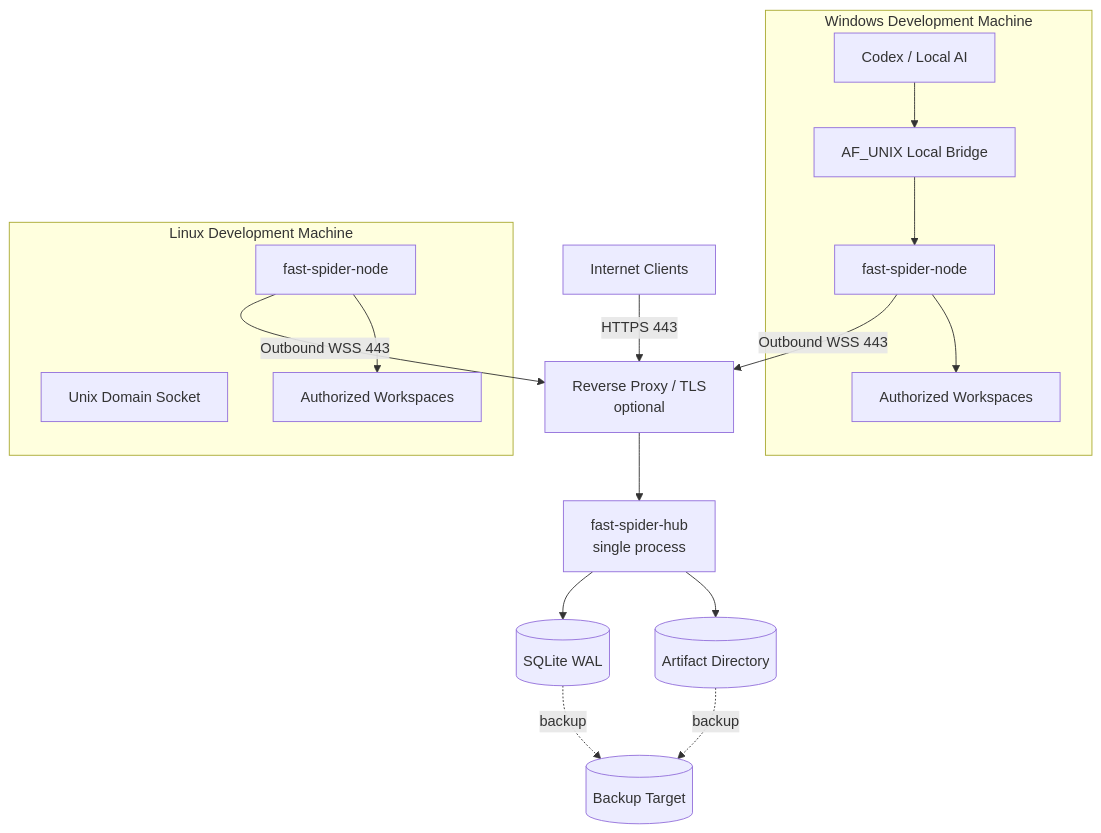
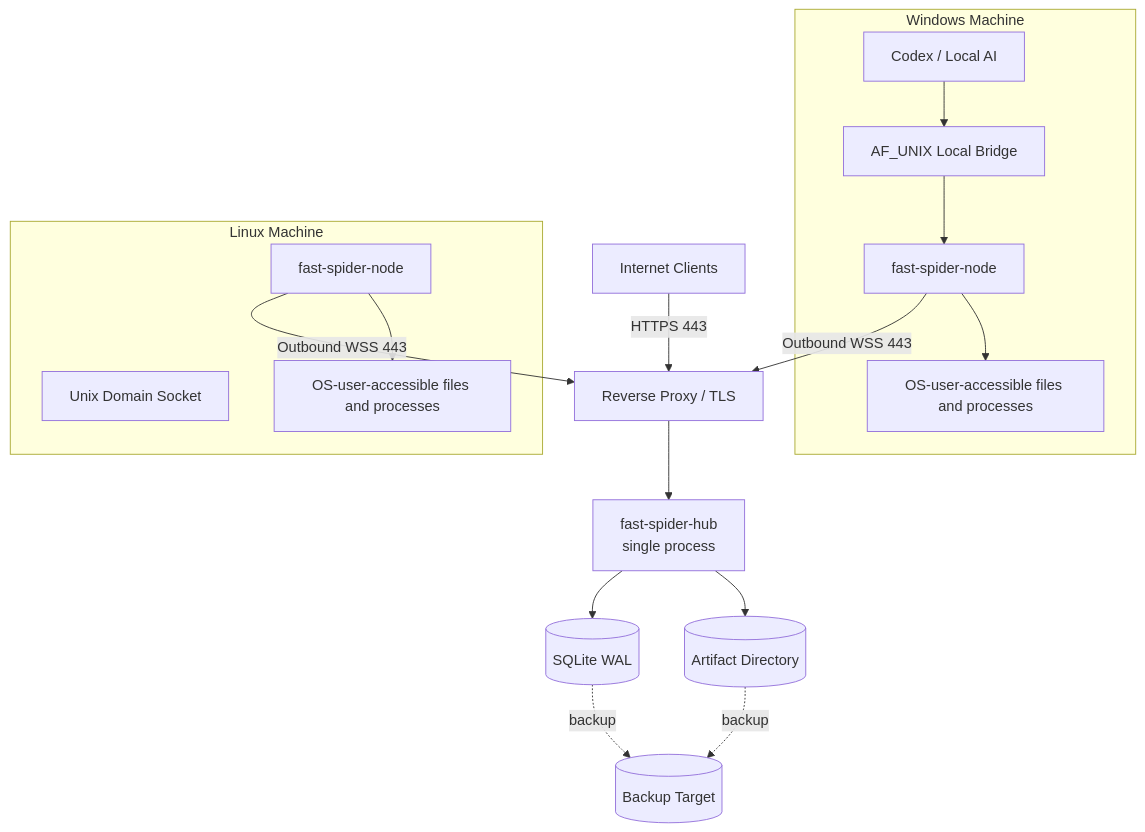
One commit to isguang2024/fast-spider changed the fifth of 5 diagrams in docs/02-system-architecture.md. Above: the diagram before and after it, drawn with Mermaid. The commit also changed other lines of this file and 74 other files, not shown here.

````diff
--- a/docs/02-system-architecture.md
+++ b/docs/02-system-architecture.md
@@ -191,34 +145,33 @@
 ```mermaid
 flowchart TB
     Internet[Internet Clients]
-    RP[Reverse Proxy / TLS<br/>optional]
+    RP[Reverse Proxy / TLS]
     Hub[fast-spider-hub<br/>single process]
     DB[(SQLite WAL)]
     AF[(Artifact Directory)]
     Backup[(Backup Target)]
 
-    subgraph WindowsMachine[Windows Development Machine]
+    subgraph WindowsMachine[Windows Machine]
       NW[fast-spider-node]
       Pipe[AF_UNIX Local Bridge]
       Codex[Codex / Local AI]
-      WorkW[Authorized Workspaces]
+      FilesW[OS-user-accessible files and processes]
     end
 
-    subgraph LinuxMachine[Linux Development Machine]
+    subgraph LinuxMachine[Linux Machine]
       NL[fast-spider-node]
       UDS[Unix Domain Socket]
-      WorkL[Authorized Workspaces]
+      FilesL[OS-user-accessible files and processes]
     end
 
-    Internet -->|HTTPS 443| RP
-    RP --> Hub
+    Internet -->|HTTPS 443| RP --> Hub
     Hub --> DB
     Hub --> AF
     DB -. backup .-> Backup
     AF -. backup .-> Backup
     NW -->|Outbound WSS 443| RP
     NL -->|Outbound WSS 443| RP
     Codex --> Pipe --> NW
-    NW --> WorkW
-    NL --> WorkL
+    NW --> FilesW
+    NL --> FilesL
 ```
````
